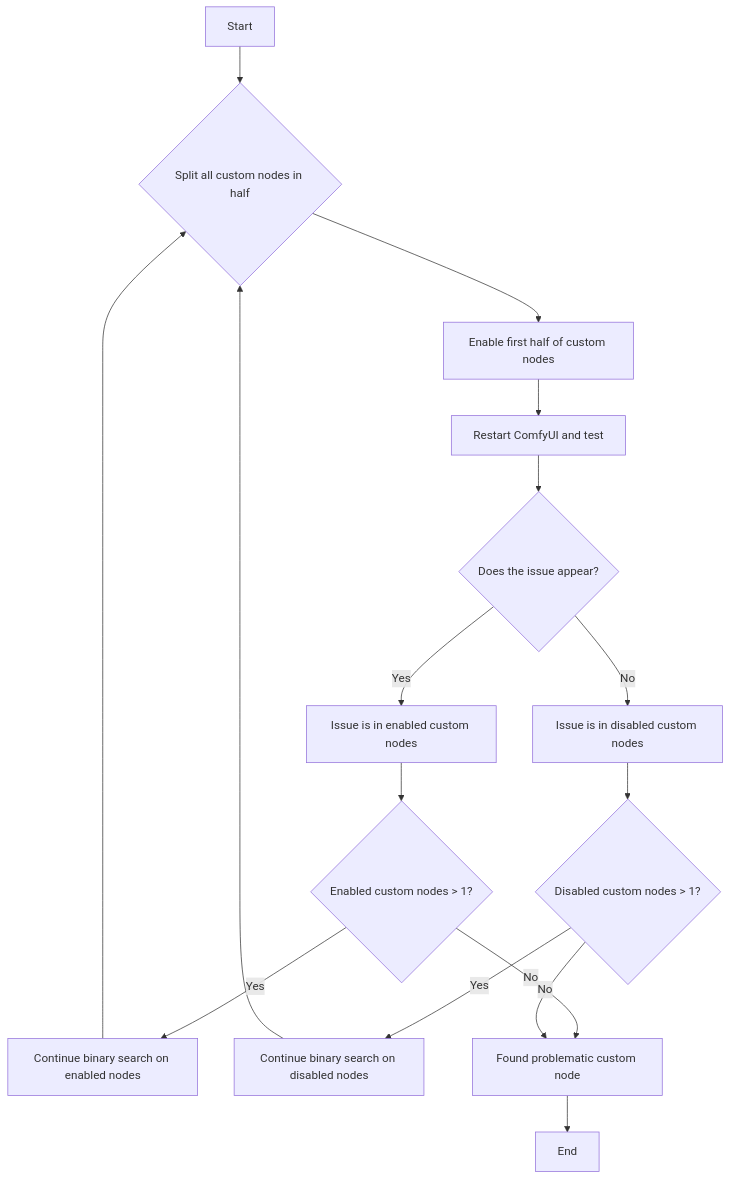
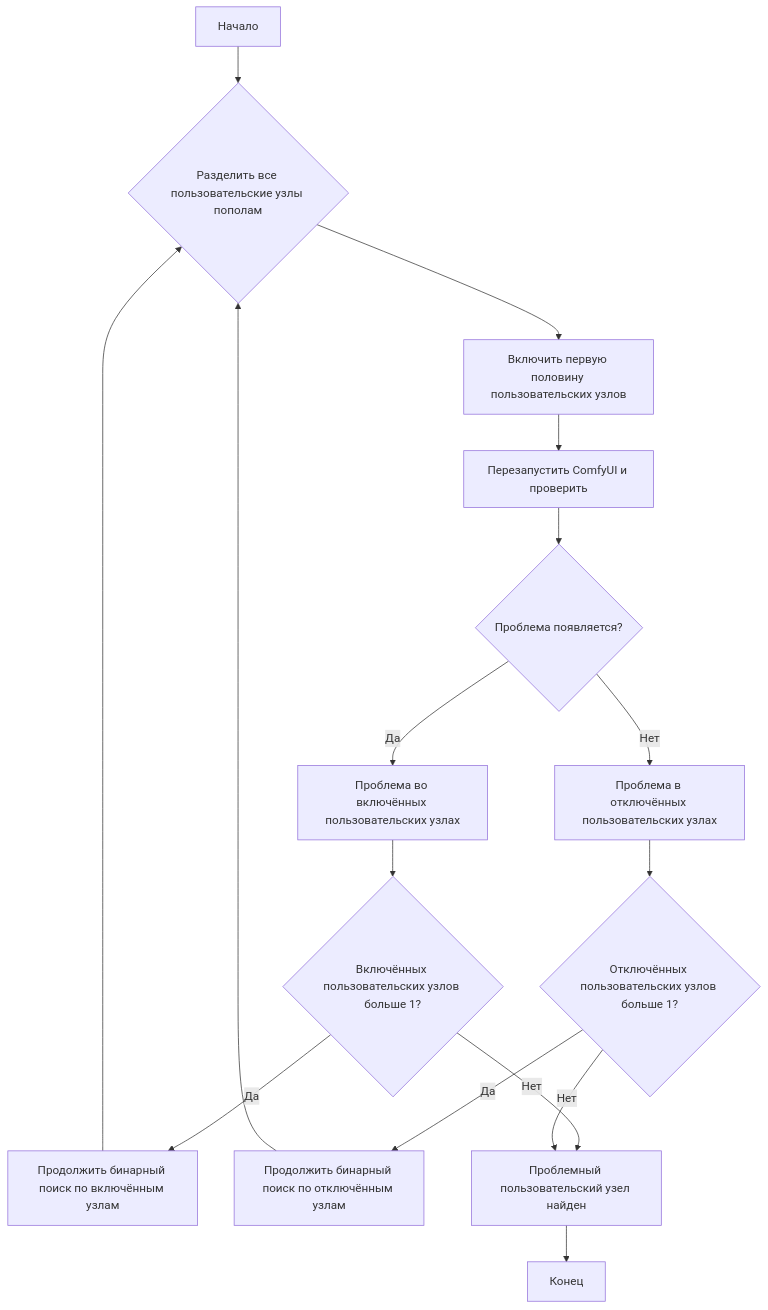
The second of 2 diagrams in ru/troubleshooting/custom-node-issues.mdx (Comfy-Org/docs), drawn with Mermaid before and after one commit. The commit also changed other lines of this file and 57 other files, not shown here.

````diff
--- a/ru/troubleshooting/custom-node-issues.mdx
+++ b/ru/troubleshooting/custom-node-issues.mdx
@@ -81,18 +94,18 @@
 ```mermaid
 flowchart TD
-   A[Start] --> B{Split all custom nodes in half}
-   B --> C[Enable first half of custom nodes]
-   C --> D[Restart ComfyUI and test]
-   D --> E{Does the issue appear?}
-   E --> |Yes| F[Issue is in enabled custom nodes]
-   E --> |No| G[Issue is in disabled custom nodes]
-   F --> H{Enabled custom nodes > 1?}
-   G --> I{Disabled custom nodes > 1?}
-   H --> |Yes| J[Continue binary search on enabled nodes]
-   I --> |Yes| K[Continue binary search on disabled nodes]
-   H --> |No| L[Found problematic custom node]
-   I --> |No| L
+   A[Начало] --> B{Разделить все пользовательские узлы пополам}
+   B --> C[Включить первую половину пользовательских узлов]
+   C --> D[Перезапустить ComfyUI и проверить]
+   D --> E{Проблема появляется?}
+   E --> |Да| F[Проблема во включённых пользовательских узлах]
+   E --> |Нет| G[Проблема в отключённых пользовательских узлах]
+   F --> H{Включённых пользовательских узлов больше 1?}
+   G --> I{Отключённых пользовательских узлов больше 1?}
+   H --> |Да| J[Продолжить бинарный поиск по включённым узлам]
+   I --> |Да| K[Продолжить бинарный поиск по отключённым узлам]
+   H --> |Нет| L[Проблемный пользовательский узел найден]
+   I --> |Нет| L
    J --> B
    K --> B
-   L --> M[End]
+   L --> M[Конец]
 ```
````
